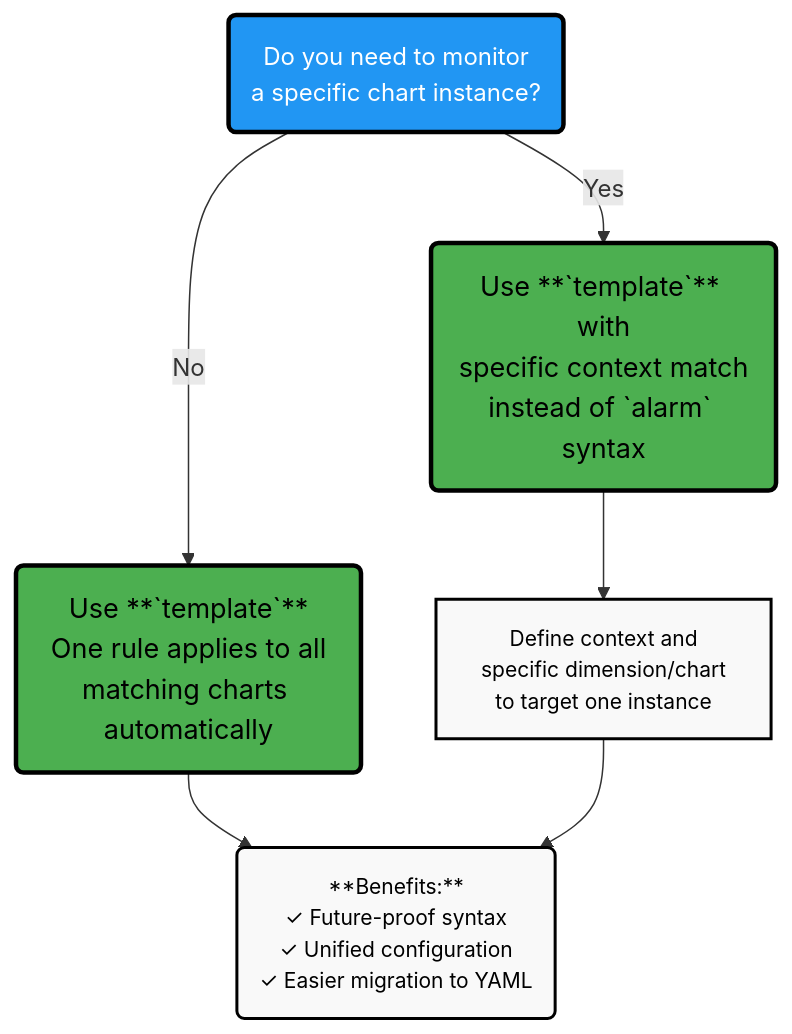
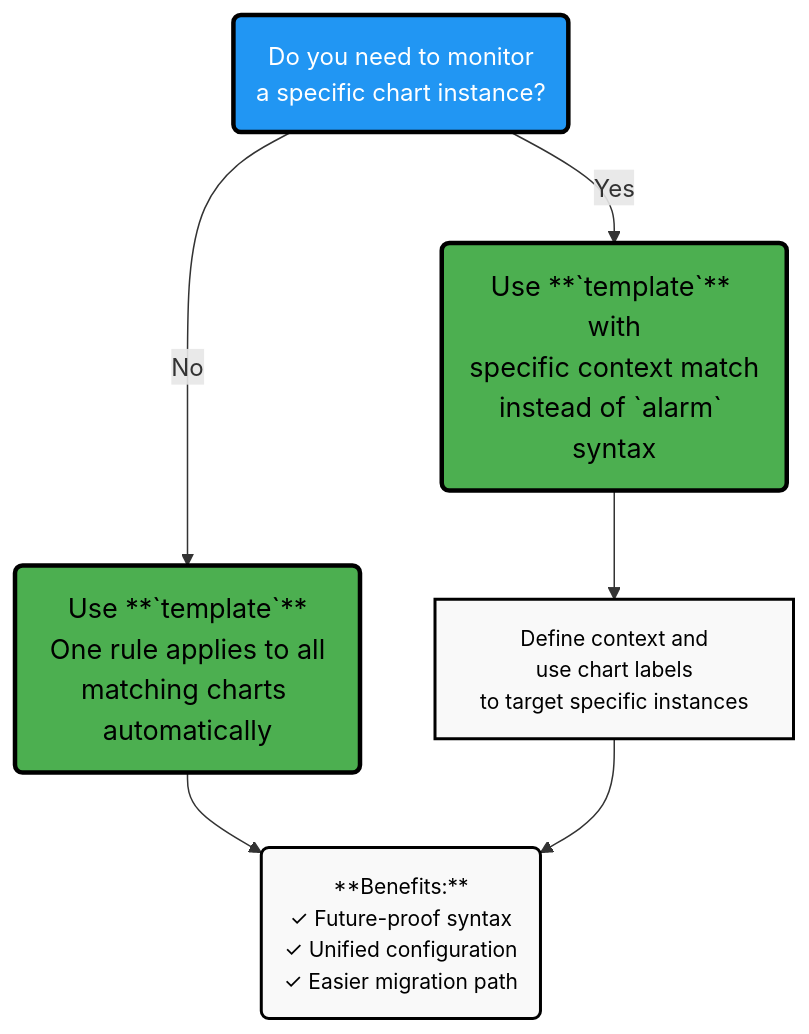
One commit to ktsaou/netdata changed the diagram in docs/alerts/understanding-alerts/alert-types-alarm-vs-template.md. Above: the diagram before and after it, drawn with Mermaid. The commit also changed other lines of this file and 64 other files, not shown here.

````diff
--- a/docs/alerts/understanding-alerts/alert-types-alarm-vs-template.md
+++ b/docs/alerts/understanding-alerts/alert-types-alarm-vs-template.md
@@ -48,19 +48,19 @@
 ```mermaid
 flowchart TD
     Start("Do you need to monitor<br/>a specific chart instance?")
     Start -->|No| Template("Use **`template`**<br/>One rule applies to all<br/>matching charts automatically")
     Start -->|Yes| TemplateScoped("Use **`template`** with<br/>specific context match<br/>instead of `alarm` syntax")
-    TemplateScoped --> Explain["Define context and<br/>specific dimension/chart<br/>to target one instance"]
-    Template --> Benefits("**Benefits:**<br/>✓ Future-proof syntax<br/>✓ Unified configuration<br/>✓ Easier migration to YAML")
+    TemplateScoped --> Explain["Define context and<br/>use chart labels<br/>to target specific instances"]
+    Template --> Benefits("**Benefits:**<br/>✓ Future-proof syntax<br/>✓ Unified configuration<br/>✓ Easier migration path")
     Explain --> Benefits
     
     classDef decision fill: #2196F3, stroke: #000000, stroke-width: 3px, color: #ffffff, font-size: 16px
     classDef template fill: #4caf50, stroke: #000000, stroke-width: 3px, color: #000000, font-size: 18px
     classDef explain fill: #f9f9f9, stroke: #000000, stroke-width: 2px, color: #000000, font-size: 14px
     classDef benefits fill: #f9f9f9, stroke: #000000, stroke-width: 2px, color: #000000, font-size: 14px
     
     class Start decision
     class Template,TemplateScoped template
     class Explain explain
     class Benefits benefits
 ```
````
